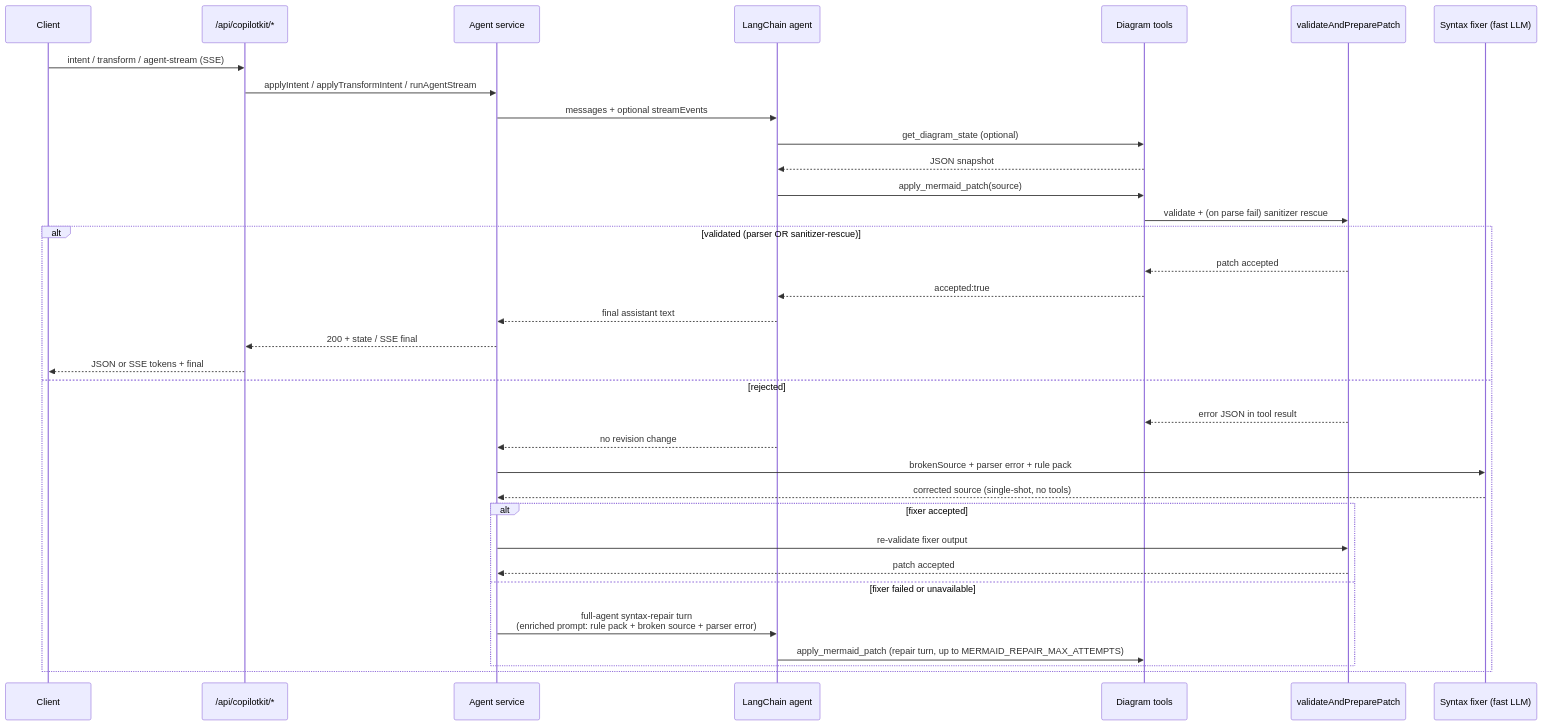
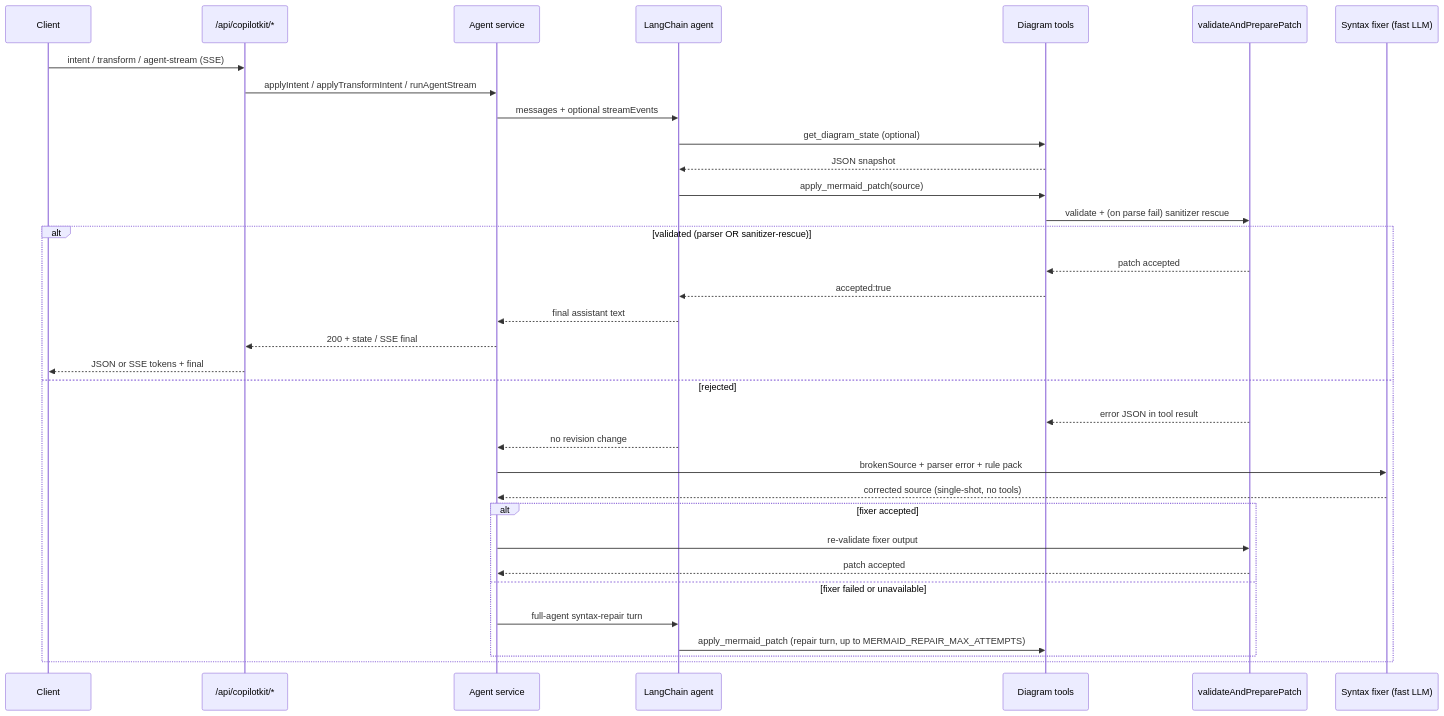
The fifth of 8 diagrams in README.md (acuhlmann/mermaid-gen), drawn with Mermaid before and after one commit. The commit also changed other lines of this file and 42 other files, not shown here.

First line of the commit message:
Enhance support for Infographic generation and update Mermaid handling

````diff
--- a/README.md
+++ b/README.md
@@ -96,37 +131,37 @@
 ```mermaid
 sequenceDiagram
   participant C as Client
   participant R as /api/copilotkit/*
   participant S as Agent service
   participant L as LangChain agent
   participant T as Diagram tools
   participant VRP as validateAndPreparePatch
   participant Fix as Syntax fixer (fast LLM)
 
   C->>R: intent / transform / agent-stream (SSE)
   R->>S: applyIntent / applyTransformIntent / runAgentStream
   S->>L: messages + optional streamEvents
   L->>T: get_diagram_state (optional)
   T-->>L: JSON snapshot
   L->>T: apply_mermaid_patch(source)
   T->>VRP: validate + (on parse fail) sanitizer rescue
   alt validated (parser OR sanitizer-rescue)
     VRP-->>T: patch accepted
     T-->>L: accepted:true
     L-->>S: final assistant text
     S-->>R: 200 + state / SSE final
     R-->>C: JSON or SSE tokens + final
   else rejected
     VRP-->>T: error JSON in tool result
     L-->>S: no revision change
     S->>Fix: brokenSource + parser error + rule pack
     Fix-->>S: corrected source (single-shot, no tools)
     alt fixer accepted
       S->>VRP: re-validate fixer output
       VRP-->>S: patch accepted
     else fixer failed or unavailable
-      S->>L: full-agent syntax-repair turn<br/>(enriched prompt: rule pack + broken source + parser error)
+      S->>L: full-agent syntax-repair turn
       L->>T: apply_mermaid_patch (repair turn, up to MERMAID_REPAIR_MAX_ATTEMPTS)
     end
   end
 ```
````
